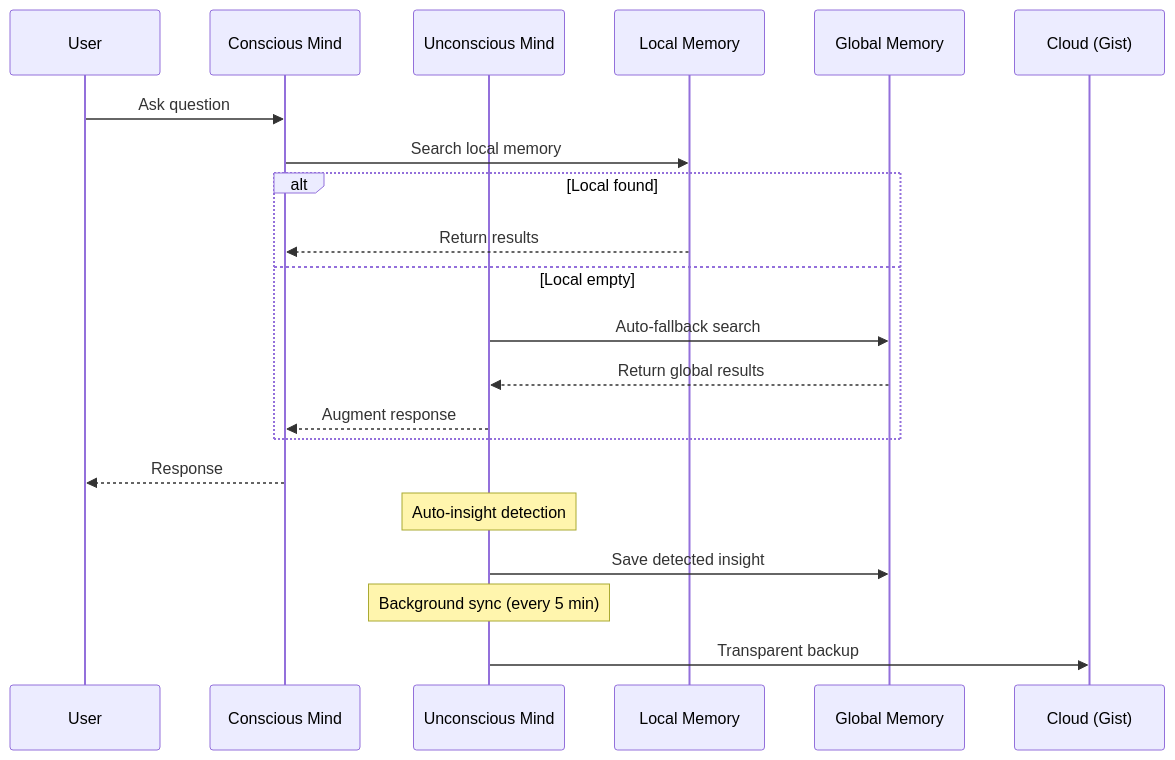
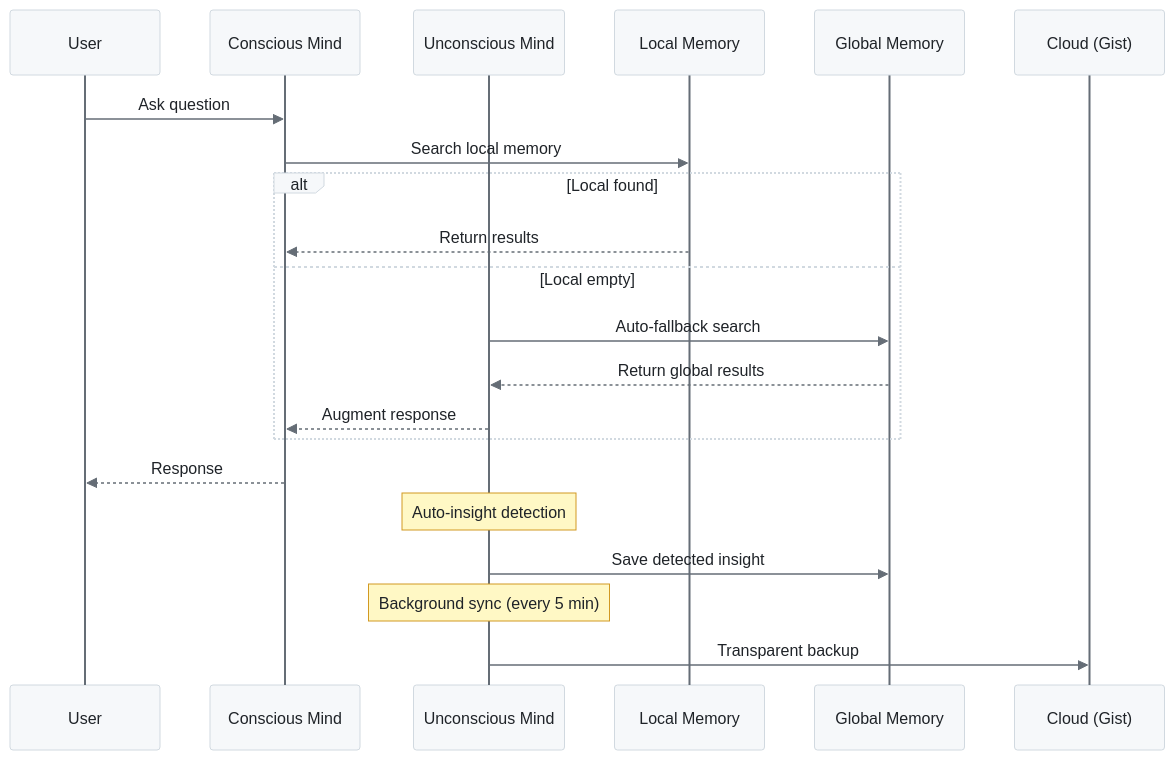
One commit to fabioc-aloha/Alex_Plug_In changed the fourth of 5 diagrams in alex_docs/COGNITIVE-ARCHITECTURE.md. Above: the diagram before and after it, drawn with Mermaid. The commit also changed other lines of this file and 15 other files, not shown here.

First line of the commit message:
feat: Skill architecture v1.0 + Mermaid diagram fixes

````diff
--- a/alex_docs/COGNITIVE-ARCHITECTURE.md
+++ b/alex_docs/COGNITIVE-ARCHITECTURE.md
@@ -187,28 +180,29 @@
 ```mermaid
+%%{init: {'theme': 'base', 'themeVariables': { 'primaryColor': '#f6f8fa', 'primaryTextColor': '#1f2328', 'primaryBorderColor': '#d1d9e0', 'lineColor': '#656d76', 'secondaryColor': '#f6f8fa', 'tertiaryColor': '#ffffff', 'background': '#ffffff', 'mainBkg': '#f6f8fa', 'nodeBorder': '#d1d9e0', 'actorBkg': '#f6f8fa', 'actorBorder': '#d1d9e0', 'actorTextColor': '#1f2328', 'actorLineColor': '#656d76', 'signalColor': '#656d76', 'signalTextColor': '#1f2328', 'labelBoxBkgColor': '#f6f8fa', 'labelBoxBorderColor': '#d1d9e0', 'labelTextColor': '#1f2328', 'loopTextColor': '#1f2328', 'noteBkgColor': '#fff8c5', 'noteBorderColor': '#d29922', 'noteTextColor': '#1f2328', 'sequenceNumberColor': '#ffffff'}}}%%
 sequenceDiagram
     participant User
     participant Conscious as Conscious Mind
     participant Unconscious as Unconscious Mind
     participant Local as Local Memory
     participant Global as Global Memory
     participant Cloud as Cloud (Gist)
 
     User->>Conscious: Ask question
     Conscious->>Local: Search local memory
 
     alt Local found
         Local-->>Conscious: Return results
     else Local empty
         Unconscious->>Global: Auto-fallback search
         Global-->>Unconscious: Return global results
         Unconscious-->>Conscious: Augment response
     end
 
     Conscious-->>User: Response
 
     Note over Unconscious: Auto-insight detection
     Unconscious->>Global: Save detected insight
 
     Note over Unconscious: Background sync (every 5 min)
     Unconscious->>Cloud: Transparent backup
 ```
````
